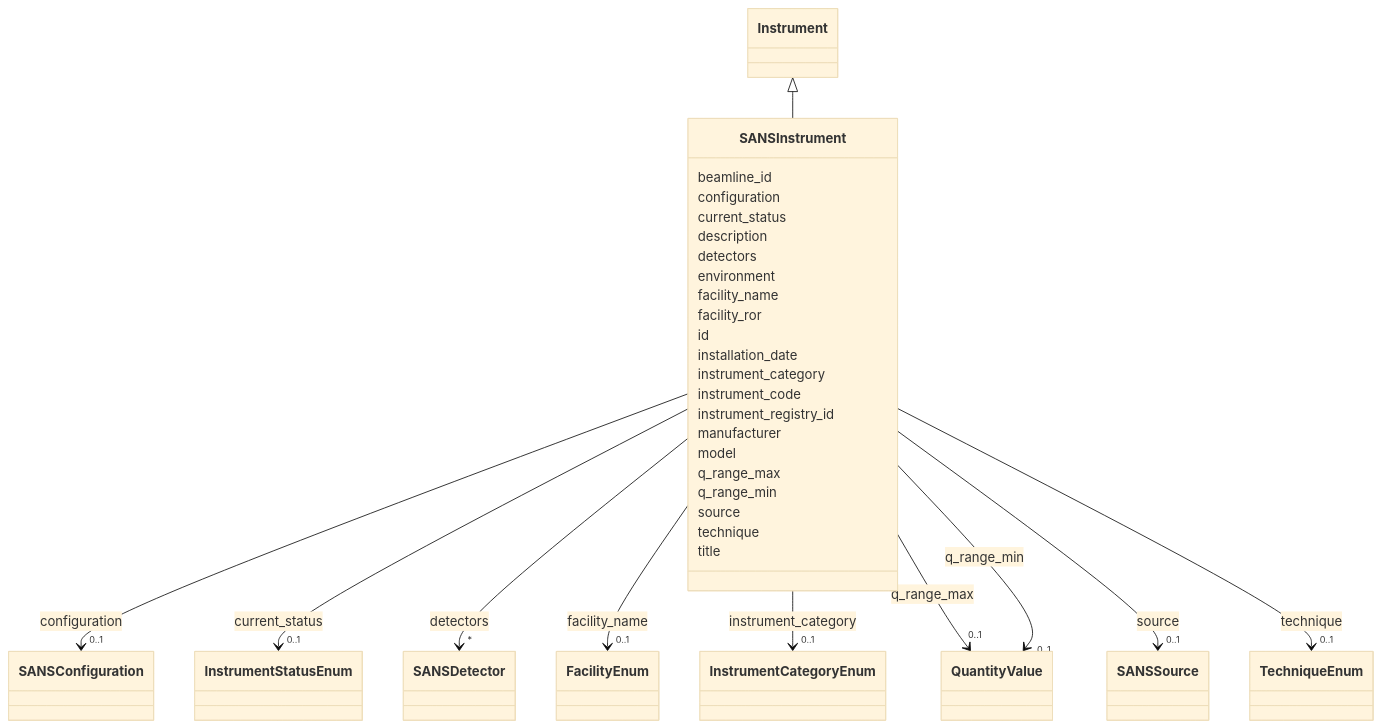
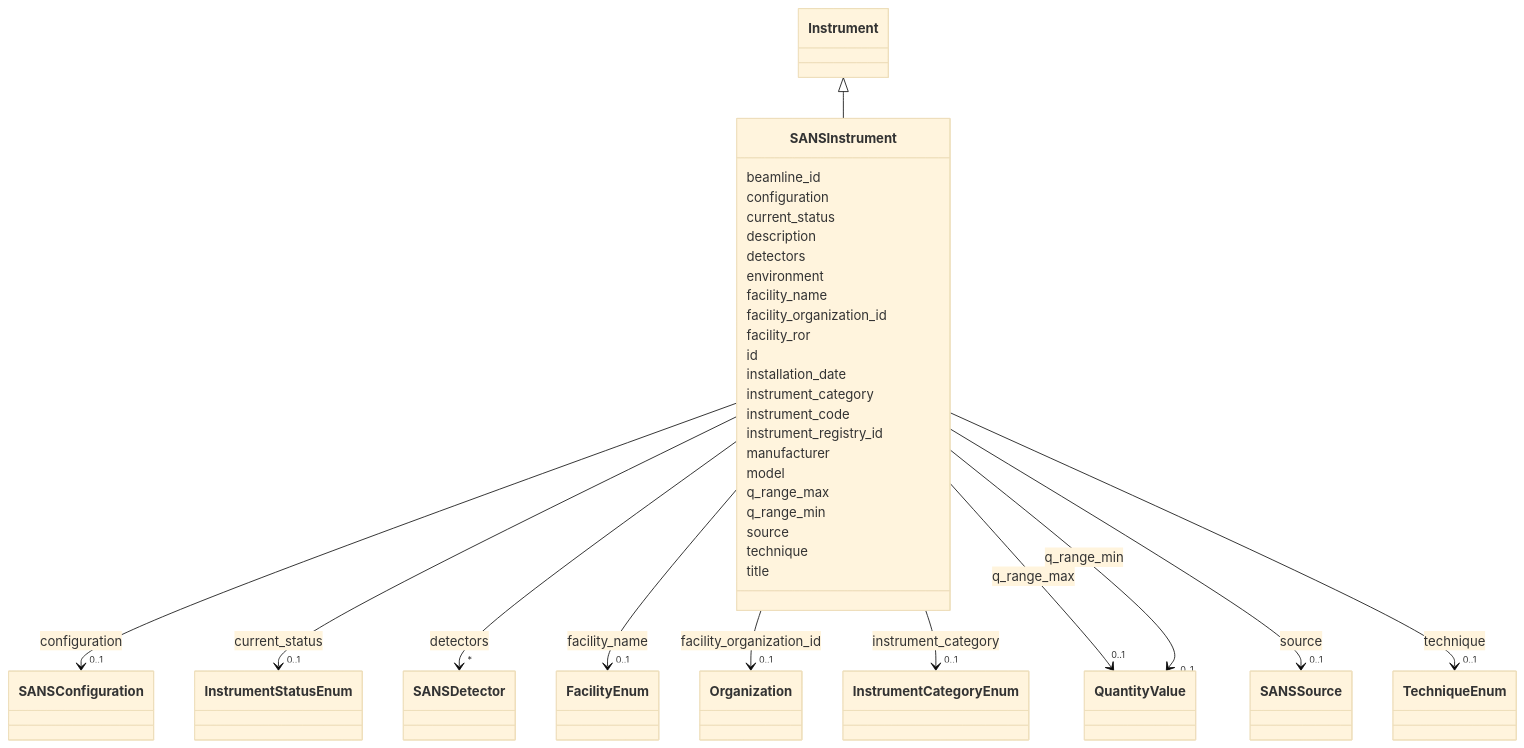
Before and after one commit to lambda-ber/lambda-ber-schema: the diagram in docs/elements/SANSInstrument.md, drawn with Mermaid (base theme). The commit also changed other lines of this file and 259 other files, not shown here.

```diff
--- a/docs/elements/SANSInstrument.md
+++ b/docs/elements/SANSInstrument.md
@@ -69,6 +69,17 @@
         
         SANSInstrument --> "0..1" FacilityEnum : facility_name
         click FacilityEnum href "../FacilityEnum/"
+    
+
+        
+      SANSInstrument : facility_organization_id
+        
+          
+    
+        
+        
+        SANSInstrument --> "0..1" Organization : facility_organization_id
+        click Organization href "../Organization/"
     
 
         
```
